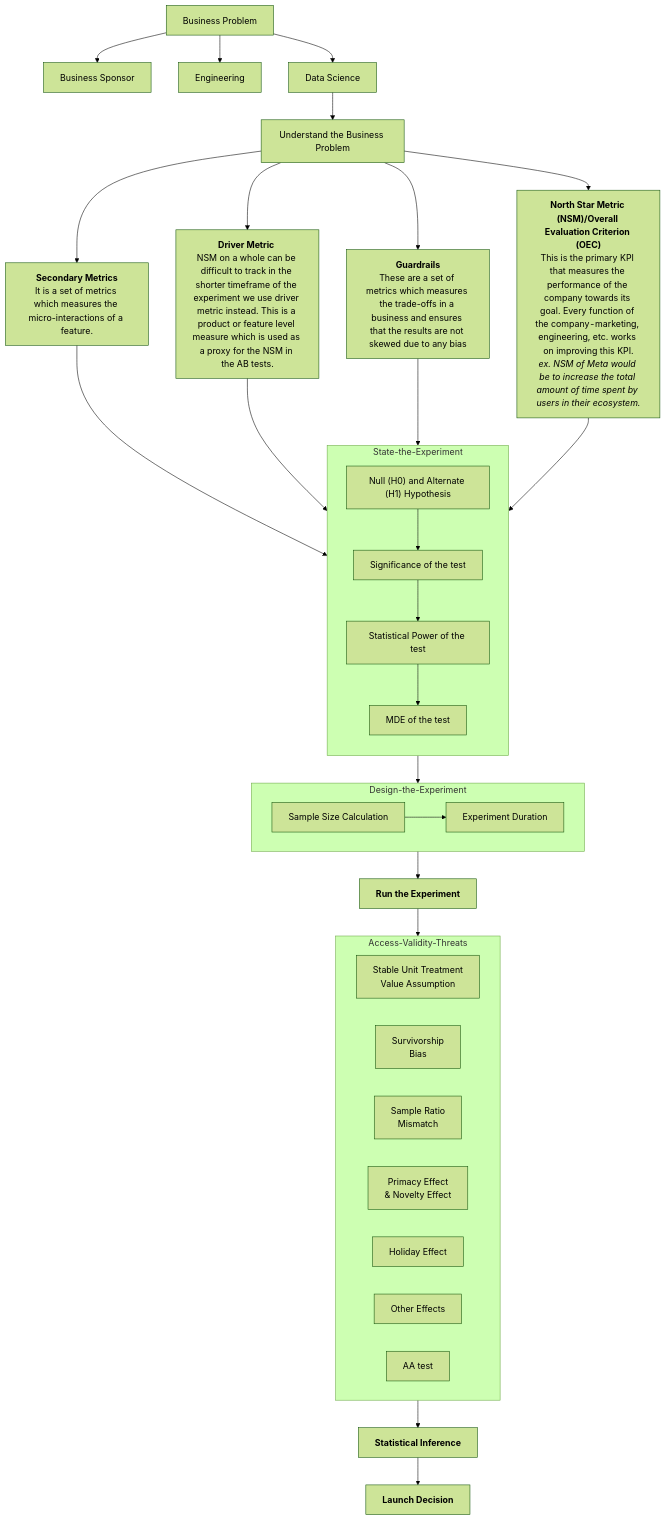
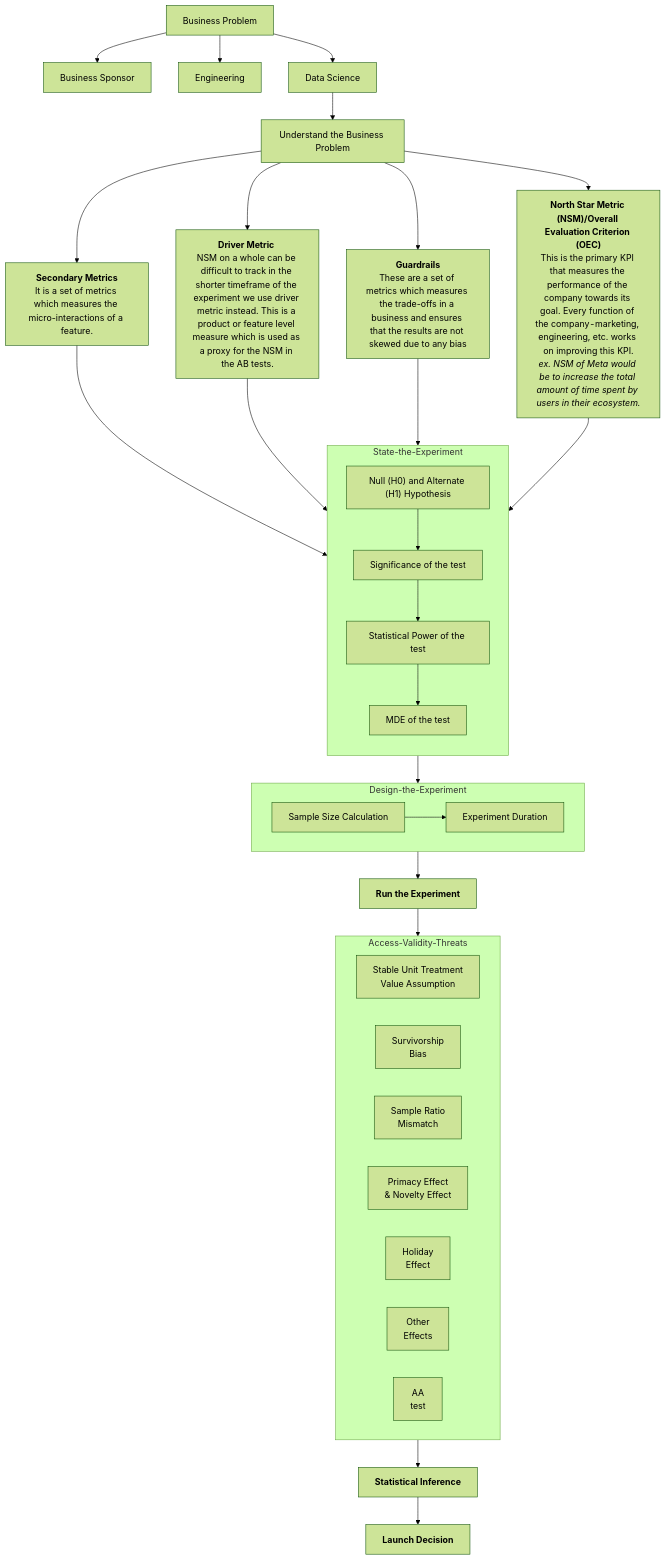
The diagram in statistics/a-b-test.md (dipranjan/dsinterviewqns), drawn with Mermaid (forest theme) before and after one commit.

Commit message:
GITBOOK-77: change request with no subject merged in GitBook

````diff
--- a/statistics/a-b-test.md
+++ b/statistics/a-b-test.md
@@ -5,54 +5,58 @@
 ```mermaid
 flowchart TD
 A["`Business Problem`"] --> B["`Business Sponsor`"]
 A --> C["`Engineering`"]
 A --> D["`Data Science`"]
 D --> E["`Understand the Business Problem`"]
 E --> F["`**North Star Metric (NSM)/Overall Evaluation Criterion (OEC)**
 This is the primary KPI that measures the performance of the company towards its goal. Every function of the company - marketing, engineering, etc. works on improving this KPI.
 *ex. NSM of Meta would be to increase the total amount of time spent by users in their ecosystem.*`"]
 E --> G["`**Driver Metric** 
 NSM on a whole can be difficult to track in the shorter timeframe of the experiment we use driver metric instead. This is a product or feature level measure which is used as a proxy for the NSM in the AB tests.`"]
 E --> H["`**Guardrails**
 These are a set of metrics which measures the trade-offs in a business and ensures that the results are not skewed due to any bias`"]
 E --> I["`**Secondary Metrics**
 It is a set of metrics which measures the micro-interactions of a feature.`"]
 
 subgraph State-the-Experiment
 direction TB
 K["Null (H0) and Alternate (H1) Hypothesis"]
 K --> L["Significance of the test"]
 L --> M["Statistical Power of the test"]
 M --> N["MDE of the test"]
 end
 
 subgraph Design-the-Experiment
 P["Sample Size Calculation"]
 P --> Q["Experiment Duration"]
 end
 I --> State-the-Experiment
 G --> State-the-Experiment
 H --> State-the-Experiment
 F --> State-the-Experiment
 State-the-Experiment --> Design-the-Experiment
 Design-the-Experiment --> R["`**Run the Experiment**`"]
 
 subgraph Access-Validity-Threats
 Sa["Stable Unit Treatment 
 Value Assumption"]
 Sb["Survivorship 
 Bias"]
 Sc["Sample Ratio 
 Mismatch"]
+
 Sd["Primacy Effect 
 & Novelty Effect"]
-Se["Holiday Effect"]
-Sf["Other Effects"]
-Sg["AA test"]
+Se["Holiday 
+Effect"]
+Sf["Other 
+Effects"]
+Sg["AA 
+test"]
 end
 R --> Access-Validity-Threats
 Access-Validity-Threats --> T["`**Statistical Inference**`"]
 T --> U["`**Launch Decision**`"]
 
 
 ```
````
